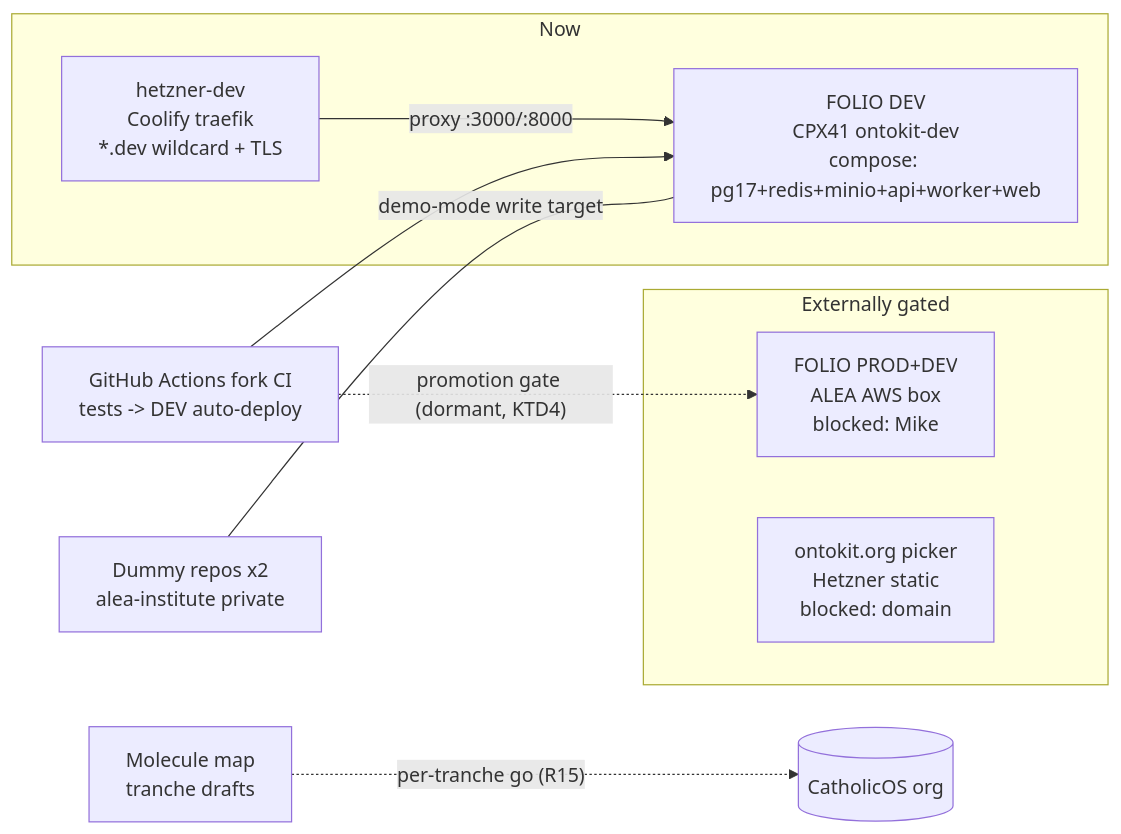
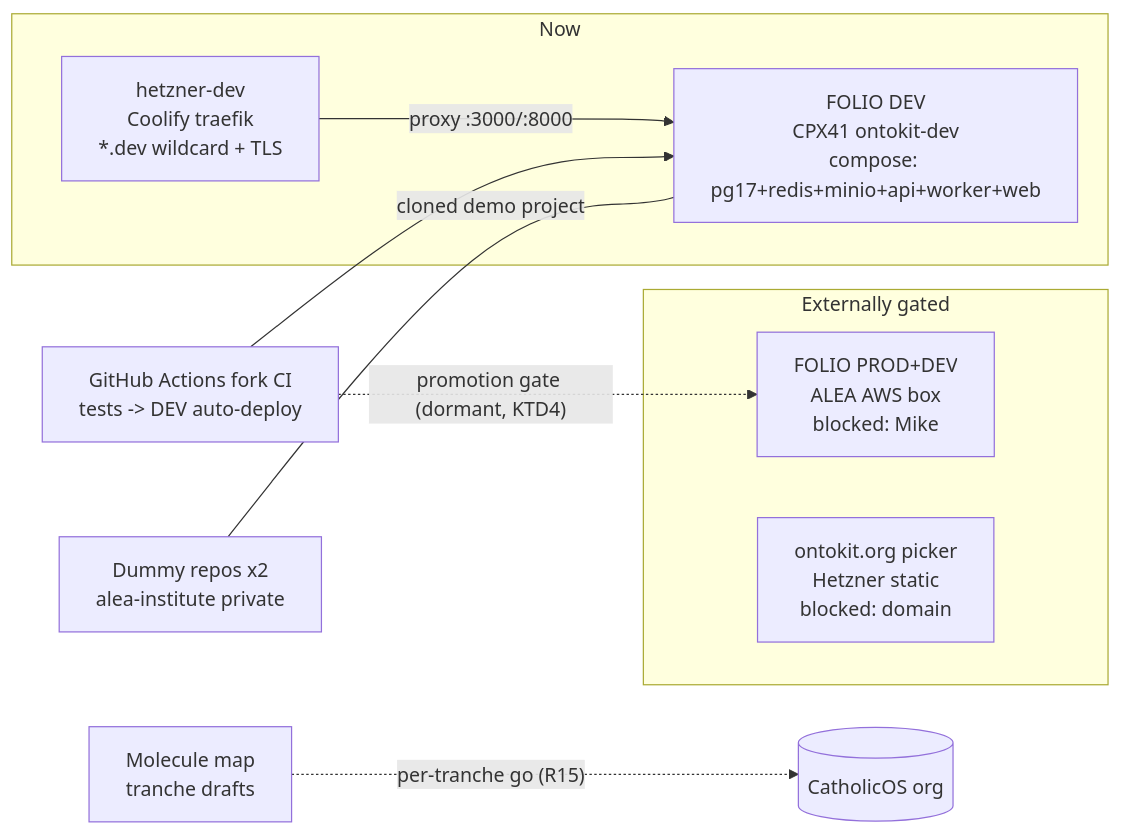
One commit to alea-institute/ontokit-web changed the diagram in docs/plans/2026-08-08-001-feat-ontokit-roundup-execution-plan.md. Above: the diagram before and after it, drawn with Mermaid. The commit also changed other lines of this file, not shown here.

First line of the commit message:
docs(plan): Fable + Codex final pass — demo lifecycle, credential split, refresh semantics, deps, closeout

````diff
--- a/docs/plans/2026-08-08-001-feat-ontokit-roundup-execution-plan.md
+++ b/docs/plans/2026-08-08-001-feat-ontokit-roundup-execution-plan.md
@@ -123,16 +124,16 @@
 ```mermaid
 flowchart LR
   subgraph now [Now]
     dev[FOLIO DEV\nCPX41 ontokit-dev\ncompose: pg17+redis+minio+api+worker+web]
     hz[hetzner-dev\nCoolify traefik\n*.dev wildcard + TLS]
     hz -->|"proxy :3000/:8000"| dev
   end
   subgraph gated [Externally gated]
     aws[FOLIO PROD+DEV\nALEA AWS box\nblocked: Mike]
     picker[ontokit.org picker\nHetzner static\nblocked: domain]
   end
   ci[GitHub Actions fork CI\ntests -> DEV auto-deploy] --> dev
   ci -.->|"promotion gate (dormant, KTD4)"| aws
-  demo[Dummy repos x2\nalea-institute private] ---|"demo-mode write target"| dev
+  demo[Dummy repos x2\nalea-institute private] ---|"cloned demo project"| dev
   upstream[Molecule map\ntranche drafts] -.->|"per-tranche go (R15)"| catholicos[(CatholicOS org)]
 ```
````
